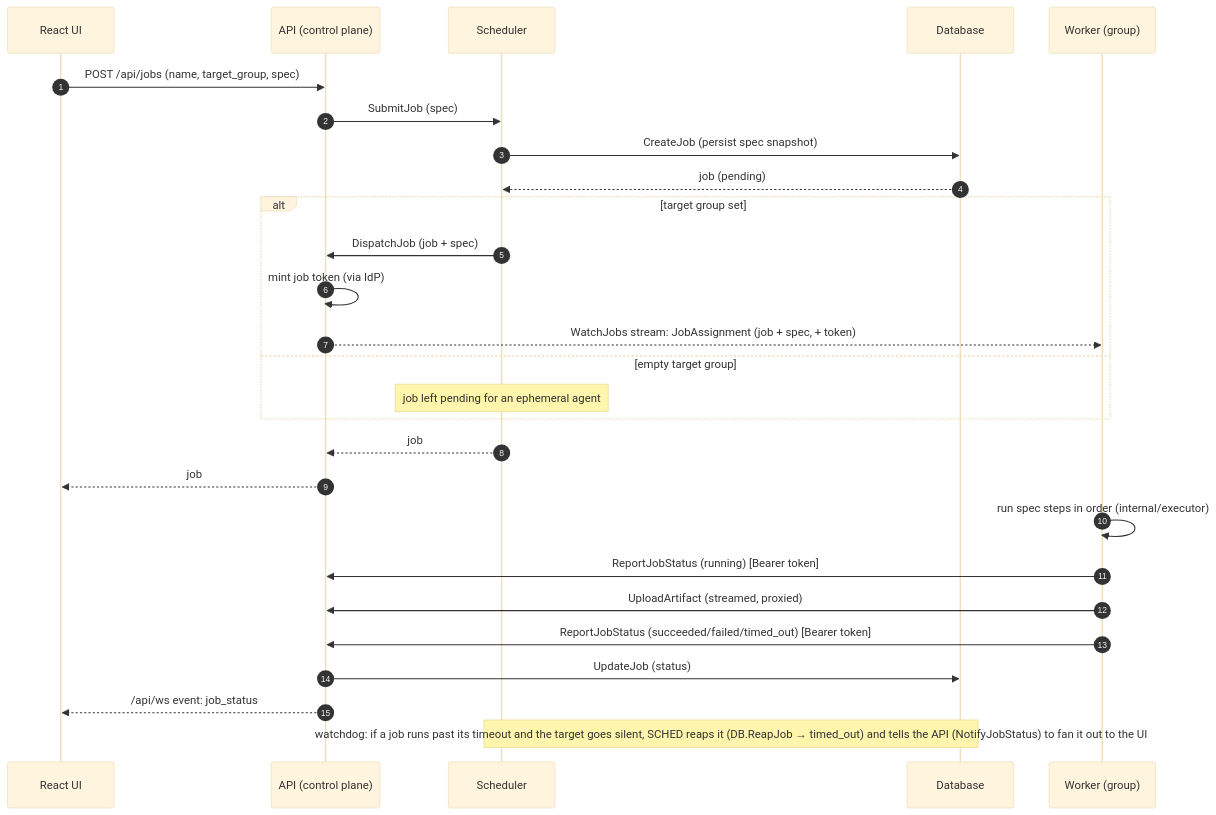
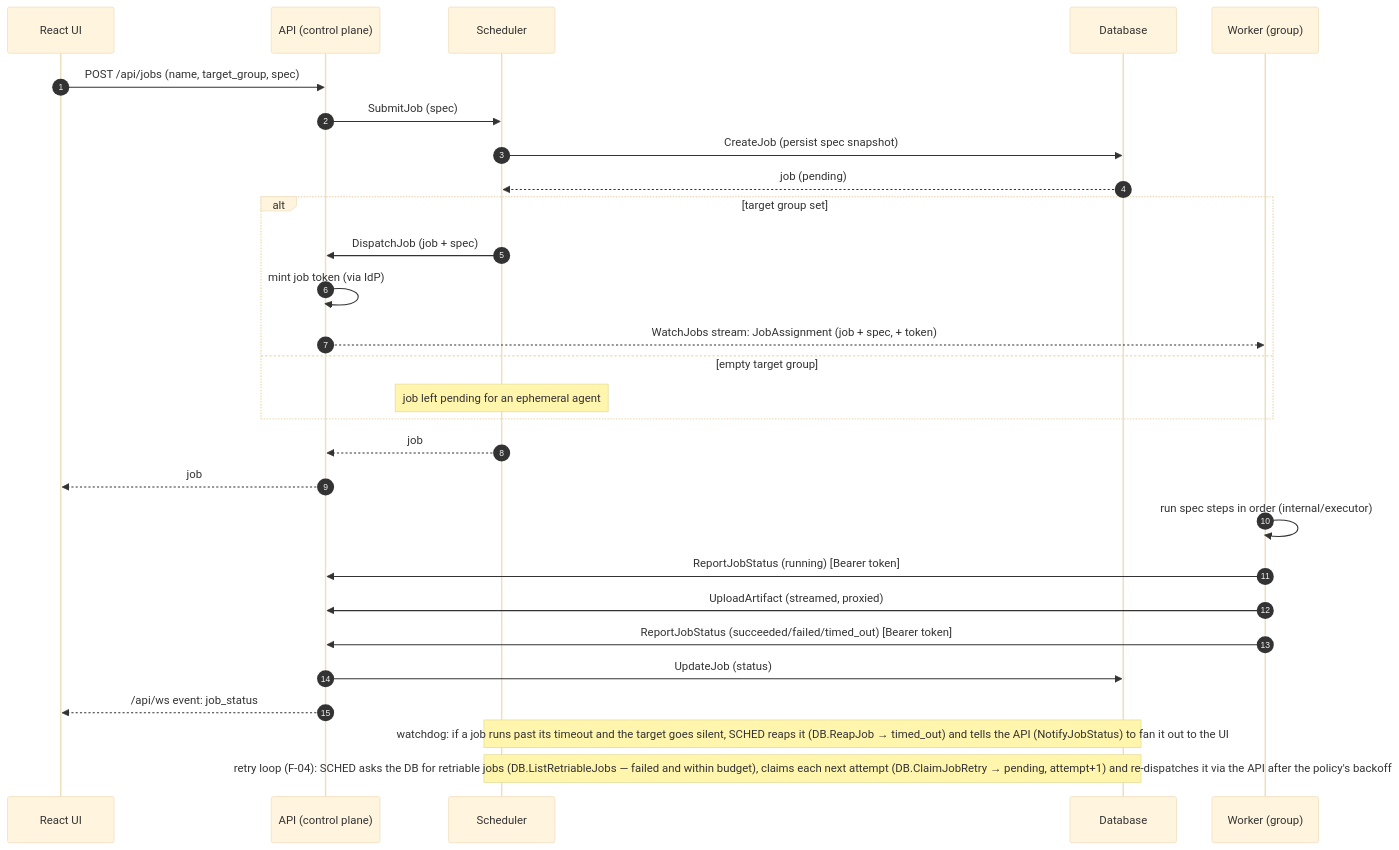
One commit to EdwardCooke/cdrom changed the fifth of 10 diagrams in docs/Architecture.md. Above: the diagram before and after it, drawn with Mermaid (base theme). The commit also changed other lines of this file and 25 other files, not shown here.

Commit message:
Retriable jobs

````diff
--- a/docs/Architecture.md
+++ b/docs/Architecture.md
@@ -342,31 +366,32 @@
 ```mermaid
 sequenceDiagram
     autonumber
     participant UI as React UI
     participant API as API (control plane)
     participant SCHED as Scheduler
     participant DB as Database
     participant W as Worker (group)
 
     UI->>API: POST /api/jobs (name, target_group, spec)
     API->>SCHED: SubmitJob (spec)
     SCHED->>DB: CreateJob (persist spec snapshot)
     DB-->>SCHED: job (pending)
     alt target group set
         SCHED->>API: DispatchJob (job + spec)
         API->>API: mint job token (via IdP)
         API-->>W: WatchJobs stream: JobAssignment (job + spec, + token)
     else empty target group
         Note over SCHED: job left pending for an ephemeral agent
     end
     SCHED-->>API: job
     API-->>UI: job
 
     W->>W: run spec steps in order (internal/executor)
     W->>API: ReportJobStatus (running) [Bearer token]
     W->>API: UploadArtifact (streamed, proxied)
     W->>API: ReportJobStatus (succeeded/failed/timed_out) [Bearer token]
     API->>DB: UpdateJob (status)
     API-->>UI: /api/ws event: job_status
     Note over SCHED,DB: watchdog: if a job runs past its timeout and the target goes silent, SCHED reaps it (DB.ReapJob → timed_out) and tells the API (NotifyJobStatus) to fan it out to the UI
+    Note over SCHED,DB: retry loop (F-04): SCHED asks the DB for retriable jobs (DB.ListRetriableJobs — failed and within budget), claims each next attempt (DB.ClaimJobRetry → pending, attempt+1) and re-dispatches it via the API after the policy's backoff
 ```
````
